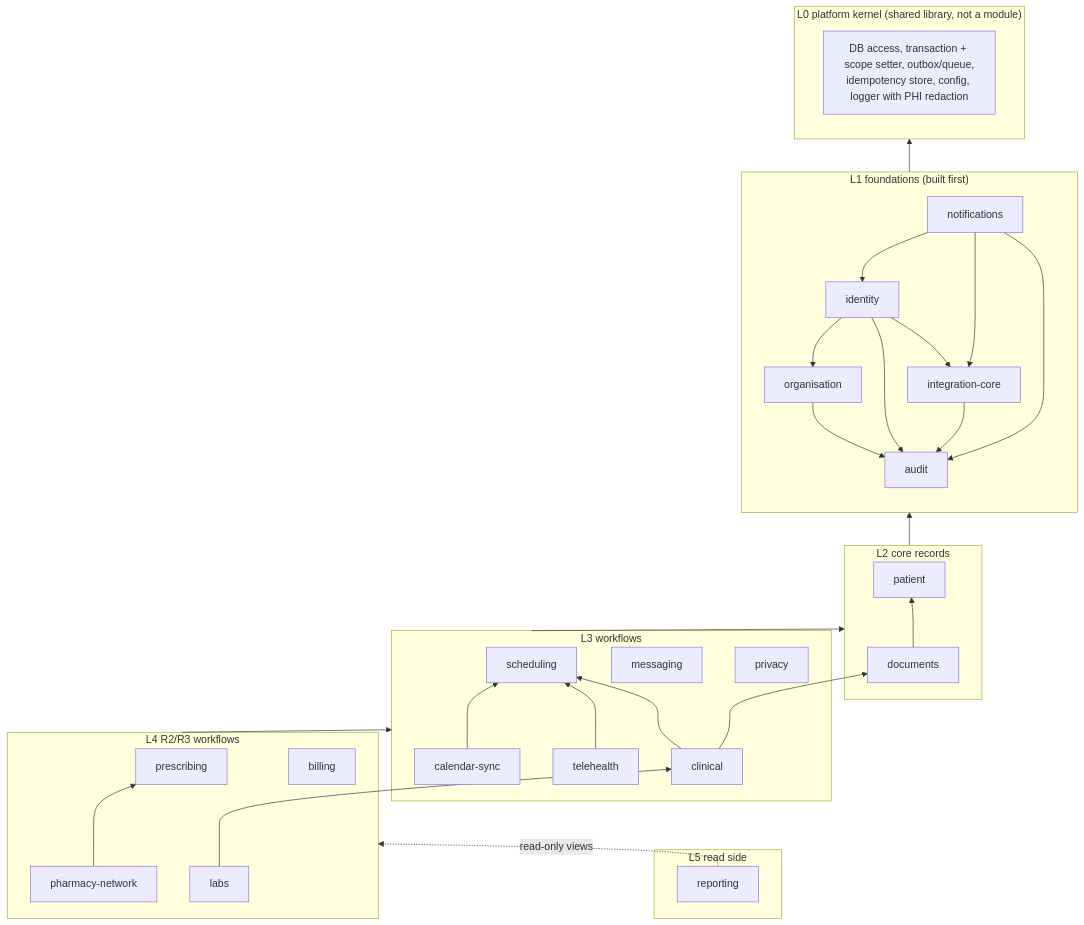
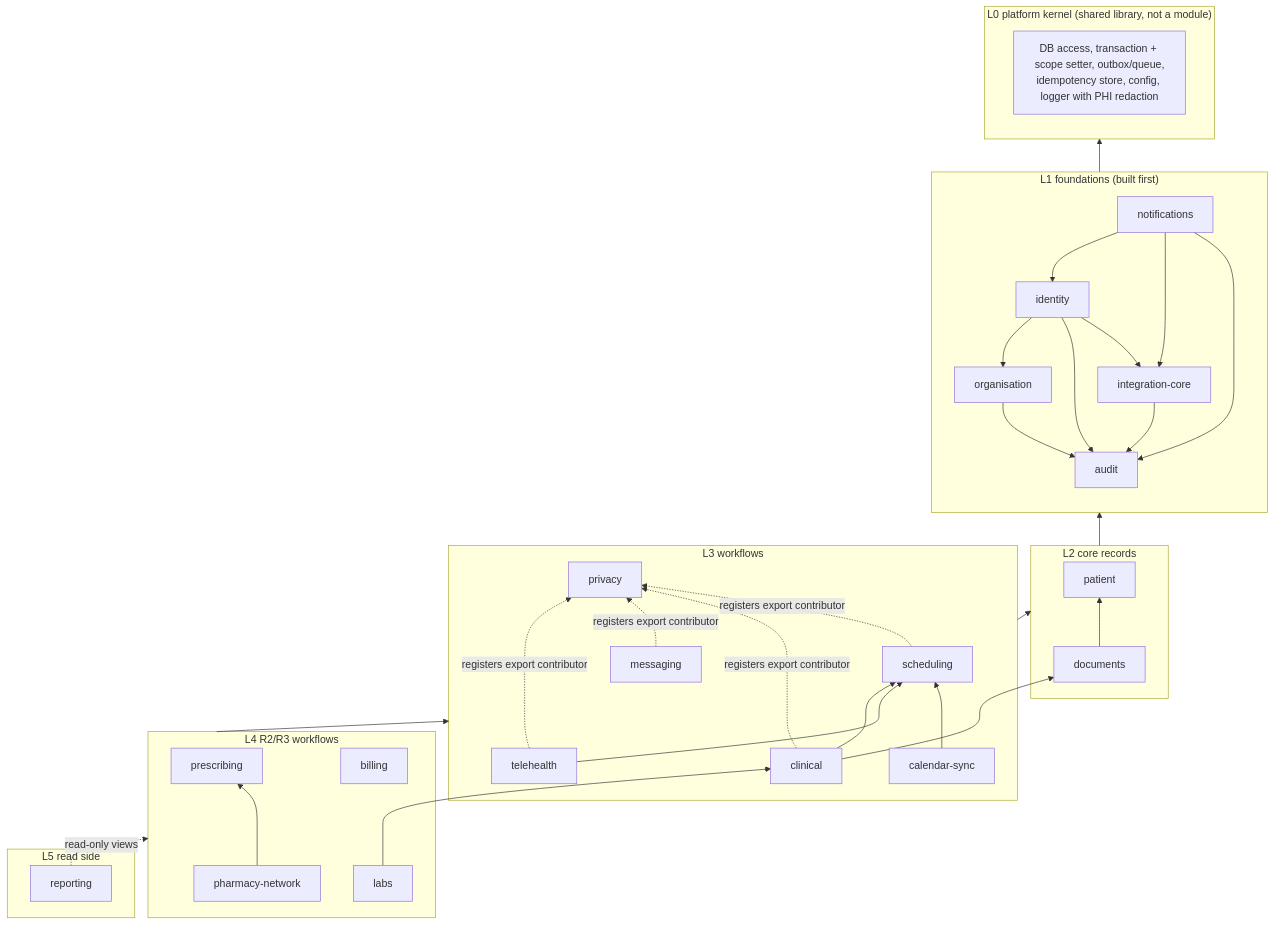
One commit to zainnaeem28/enterprise-app changed the first of 2 diagrams in docs/SHARED-BOUNDARIES.md. Above: the diagram before and after it, drawn with Mermaid. The commit also changed other lines of this file, not shown here.

````diff
--- a/docs/SHARED-BOUNDARIES.md
+++ b/docs/SHARED-BOUNDARIES.md
@@ -104,49 +104,50 @@
 ```mermaid
 flowchart BT
   subgraph L0["L0 platform kernel (shared library, not a module)"]
     K["DB access, transaction + scope setter, outbox/queue,<br/>idempotency store, config, logger with PHI redaction"]
   end
   subgraph L1["L1 foundations (built first)"]
     AUD[audit]
     INT[integration-core]
     ORG[organisation]
     IDN[identity]
     NOT[notifications]
   end
   subgraph L2["L2 core records"]
     PAT[patient]
     DOC[documents]
   end
   subgraph L3["L3 workflows"]
     SCH[scheduling]
     CAL[calendar-sync]
     TEL[telehealth]
     CLI[clinical]
     MSG[messaging]
     PRV[privacy]
   end
   subgraph L4["L4 R2/R3 workflows"]
     RX[prescribing]
     PHN[pharmacy-network]
     BIL[billing]
     LAB[labs]
   end
   subgraph L5["L5 read side"]
     REP[reporting]
   end
   L1 --> L0
   INT --> AUD
   ORG --> AUD
   IDN --> ORG & AUD & INT
   NOT --> IDN & INT & AUD
   L2 --> L1
   DOC --> PAT
   L3 --> L2
   CAL --> SCH
   TEL --> SCH
   CLI --> SCH & DOC
   L4 --> L3
   PHN --> RX
   LAB --> CLI
+  SCH & CLI & MSG & TEL -. "registers export contributor" .-> PRV
   REP -. "read-only views" .-> L4
 ```
````
